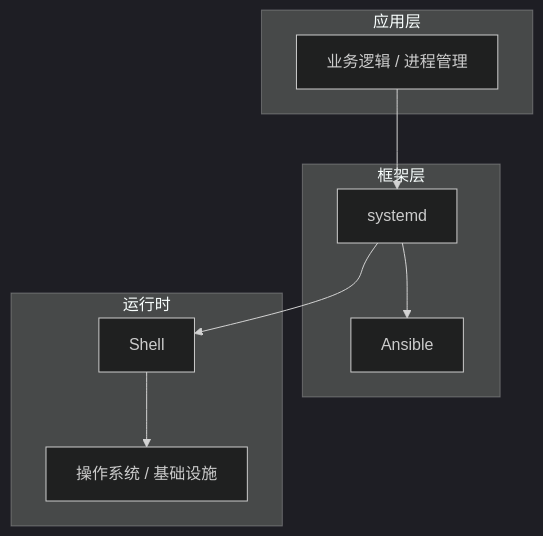
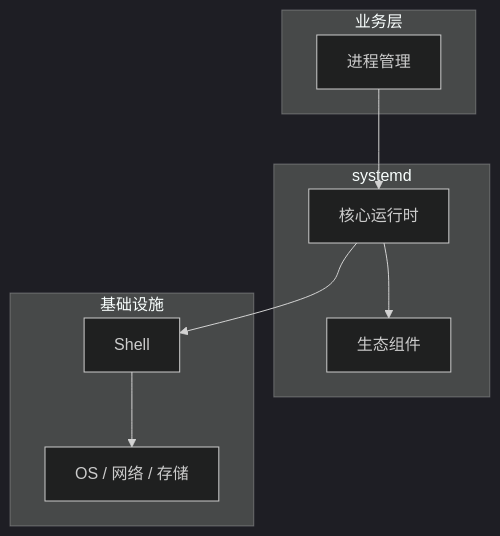
One commit to yanggan2015/knowledge-json-v2 changed the diagram in articles/Linux运维/chapters/019-进程管理核心概念与原理.md. Above: the diagram before and after it, drawn with Mermaid (dark theme). The commit also changed other lines of this file and 10127 other files, not shown here.

````diff
--- a/articles/Linux运维/chapters/019-进程管理核心概念与原理.md
+++ b/articles/Linux运维/chapters/019-进程管理核心概念与原理.md
@@ -45,18 +34,18 @@
 ```mermaid
 graph TB
-    subgraph 应用层
-        A[业务逻辑 / 进程管理]
+    subgraph 业务层
+        A[进程管理]
     end
-    subgraph 框架层
-        B[systemd]
-        C[Ansible]
+    subgraph systemd
+        B[核心运行时]
+        C[生态组件]
     end
-    subgraph 运行时
+    subgraph 基础设施
         D[Shell]
-        E[操作系统 / 基础设施]
+        E[OS / 网络 / 存储]
     end
     A --> B
     B --> C
     B --> D
     D --> E
 ```
````
